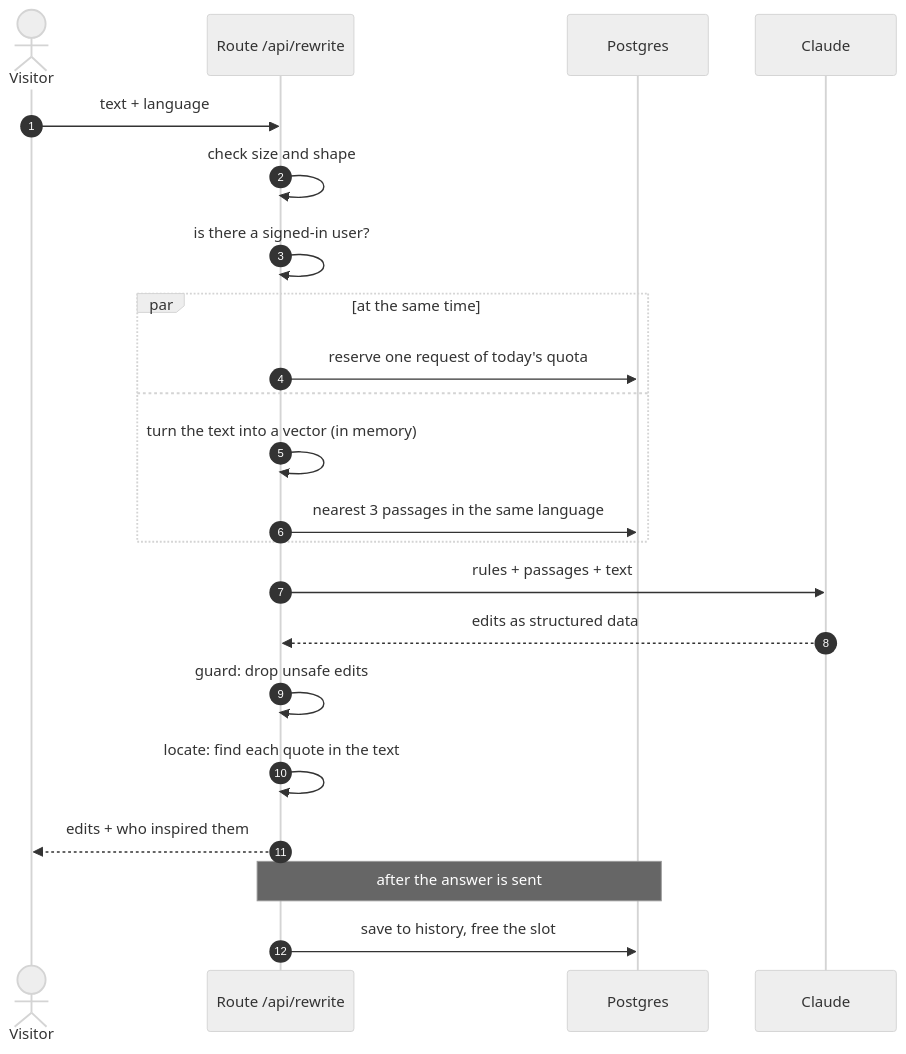
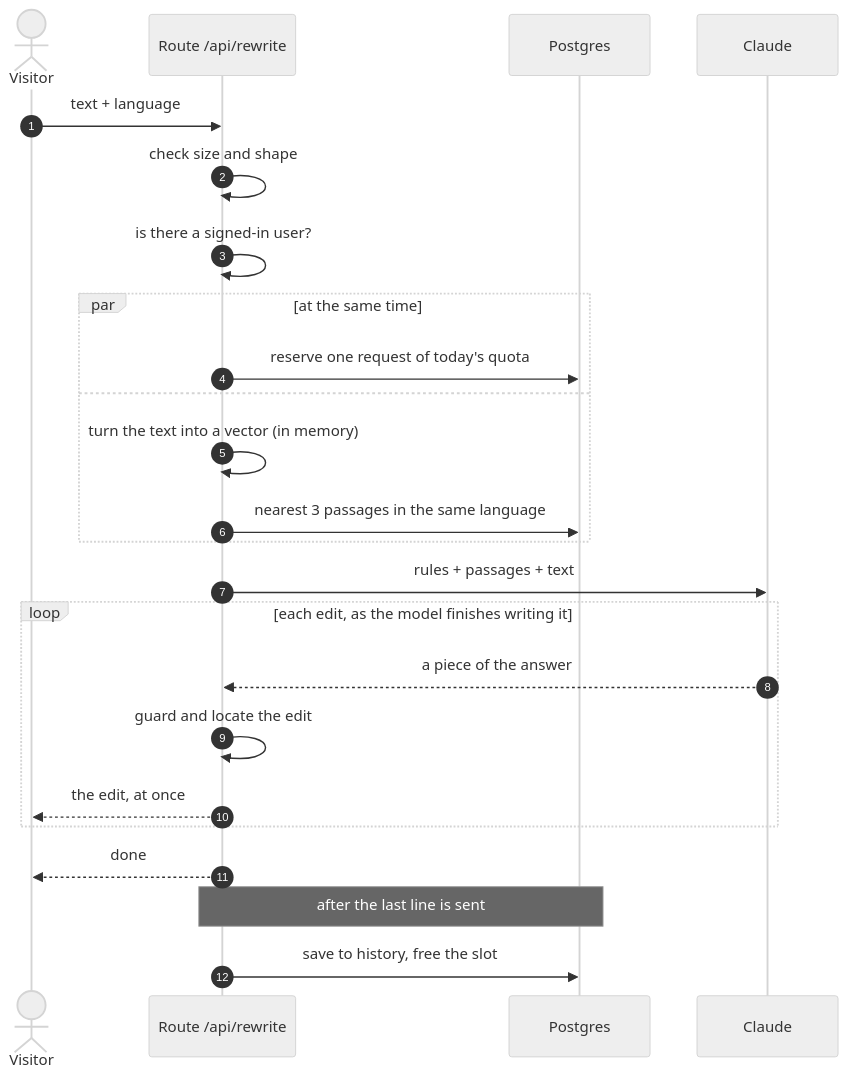
One commit to Azekf11/IA_Writing changed the second of 6 diagrams in docs/ARCHITECTURE.md. Above: the diagram before and after it, drawn with Mermaid (neutral theme). The commit also changed other lines of this file and 56 other files, not shown here.

````diff
--- a/docs/ARCHITECTURE.md
+++ b/docs/ARCHITECTURE.md
@@ -33,25 +33,27 @@
 ```mermaid
 sequenceDiagram
     autonumber
     actor V as Visitor
     participant R as Route /api/rewrite
     participant DB as Postgres
     participant L as Claude
 
     V->>R: text + language
     R->>R: check size and shape
     R->>R: is there a signed-in user?
     par at the same time
         R->>DB: reserve one request of today's quota
     and
         R->>R: turn the text into a vector (in memory)
         R->>DB: nearest 3 passages in the same language
     end
     R->>L: rules + passages + text
-    L-->>R: edits as structured data
-    R->>R: guard: drop unsafe edits
-    R->>R: locate: find each quote in the text
-    R-->>V: edits + who inspired them
-    Note over R,DB: after the answer is sent
+    loop each edit, as the model finishes writing it
+        L-->>R: a piece of the answer
+        R->>R: guard and locate the edit
+        R-->>V: the edit, at once
+    end
+    R-->>V: done
+    Note over R,DB: after the last line is sent
     R->>DB: save to history, free the slot
 ```
````
